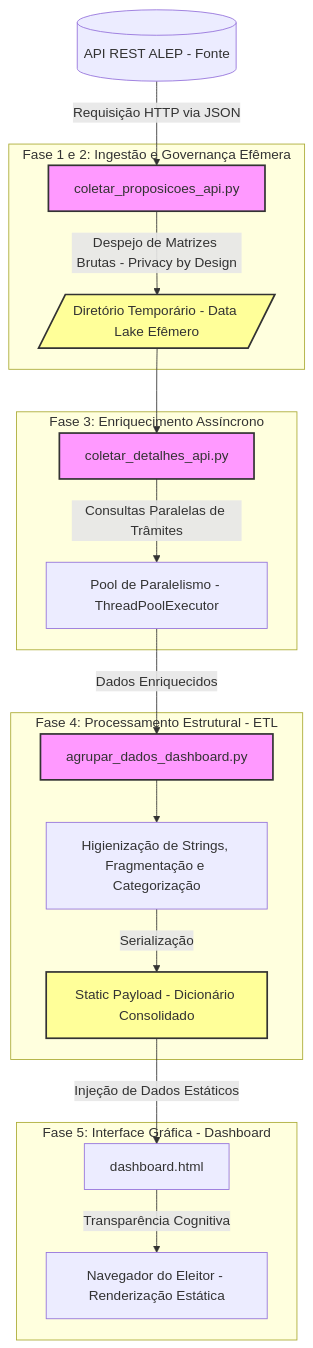
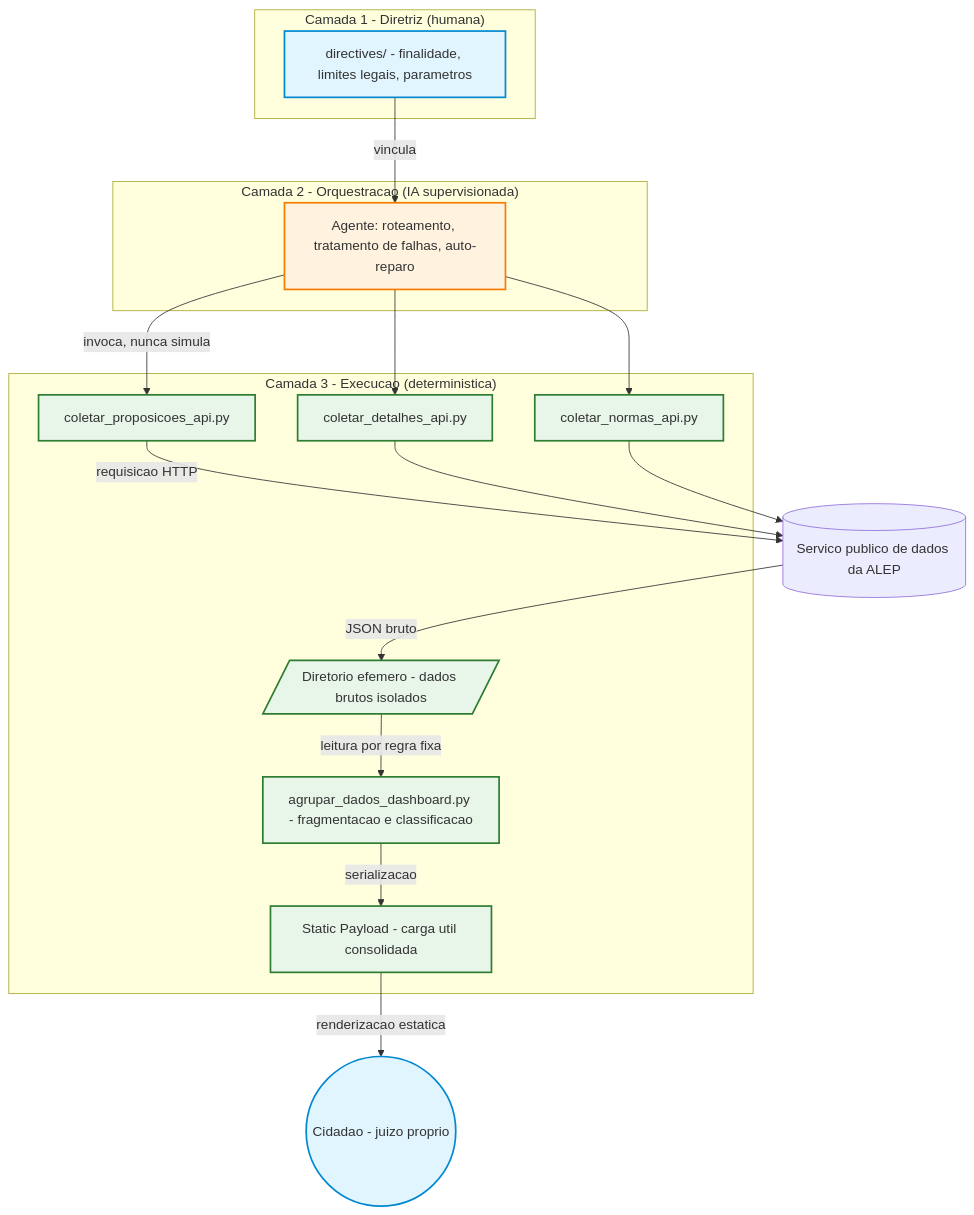
Before and after one commit to MarcusSchneiderAdv/ALEP_ENEIAS: the second of 2 diagrams in README.md, drawn with Mermaid. The commit also changed other lines of this file and 16 other files, not shown here.

````diff
--- a/README.md
+++ b/README.md
@@ -224,40 +393,42 @@
 ```mermaid
 flowchart TD
-    ALEP[("API REST ALEP - Fonte")]
+    ALEP[("Servico publico de dados da ALEP")]
 
-    subgraph Fase1_2["Fase 1 e 2: Ingestão e Governança Efêmera"]
-        Script1["coletar_proposicoes_api.py"]
-        TMP[/"Diretório Temporário - Data Lake Efêmero"/]
+    subgraph C1["Camada 1 - Diretriz (humana)"]
+        Dir["directives/ - finalidade, limites legais, parametros"]
     end
 
-    subgraph Fase3["Fase 3: Enriquecimento Assíncrono"]
-        Script2["coletar_detalhes_api.py"]
-        Threads["Pool de Paralelismo - ThreadPoolExecutor"]
+    subgraph C2["Camada 2 - Orquestracao (IA supervisionada)"]
+        Agente["Agente: roteamento, tratamento de falhas, auto-reparo"]
     end
 
-    subgraph Fase4["Fase 4: Processamento Estrutural - ETL"]
-        Script3["agrupar_dados_dashboard.py"]
-        ETL_Steps["Higienização de Strings, Fragmentação e Categorização"]
-        Payload["Static Payload - Dicionário Consolidado"]
+    subgraph C3["Camada 3 - Execucao (deterministica)"]
+        Script1["coletar_proposicoes_api.py"]
+        Script2["coletar_detalhes_api.py"]
+        Script3["coletar_normas_api.py"]
+        TMP[/"Diretorio efemero - dados brutos isolados"/]
+        ETL["agrupar_dados_dashboard.py - fragmentacao e classificacao"]
+        Payload["Static Payload - carga util consolidada"]
     end
 
-    subgraph Fase5["Fase 5: Interface Gráfica - Dashboard"]
-        HTML["dashboard.html"]
-        Browser["Navegador do Eleitor - Renderização Estática"]
-    end
+    Cidadao(("Cidadao - juizo proprio"))
 
-    ALEP -- "Requisição HTTP via JSON" --> Script1
-    Script1 -- "Despejo de Matrizes Brutas - Privacy by Design" --> TMP
-    TMP --> Script2
-    Script2 -- "Consultas Paralelas de Trâmites" --> Threads
-    Threads -- "Dados Enriquecidos" --> Script3
-    Script3 --> ETL_Steps
-    ETL_Steps -- "Serialização" --> Payload
-    Payload -- "Injeção de Dados Estáticos" --> HTML
-    HTML -- "Transparência Cognitiva" --> Browser
+    Dir -- "vincula" --> Agente
+    Agente -- "invoca, nunca simula" --> Script1
+    Agente --> Script2
+    Agente --> Script3
+    Script1 -- "requisicao HTTP" --> ALEP
+    Script2 --> ALEP
+    Script3 --> ALEP
+    ALEP -- "JSON bruto" --> TMP
+    TMP -- "leitura por regra fixa" --> ETL
+    ETL -- "serializacao" --> Payload
+    Payload -- "renderizacao estatica" --> Cidadao
 
-    classDef script fill:#f9f,stroke:#333,stroke-width:2px;
-    classDef storage fill:#ff9,stroke:#333,stroke-width:2px;
-    class TMP,Payload storage;
-    class Script1,Script2,Script3 script;
+    classDef humano fill:#e1f5fe,stroke:#0288d1,stroke-width:2px;
+    classDef ia fill:#fff3e0,stroke:#f57c00,stroke-width:2px;
+    classDef det fill:#e8f5e9,stroke:#2e7d32,stroke-width:2px;
+    class Dir,Cidadao humano;
+    class Agente ia;
+    class Script1,Script2,Script3,ETL,TMP,Payload det;
 ```
````
